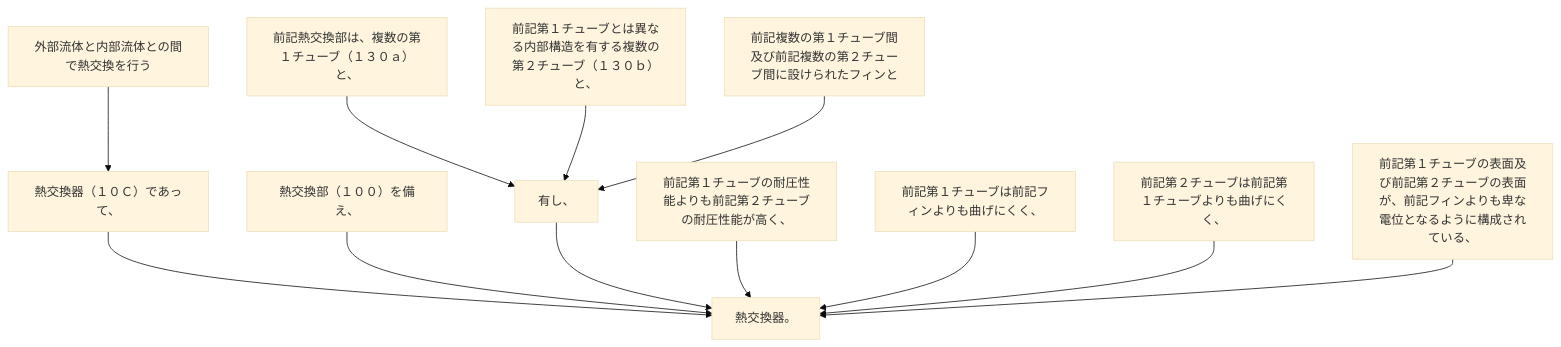
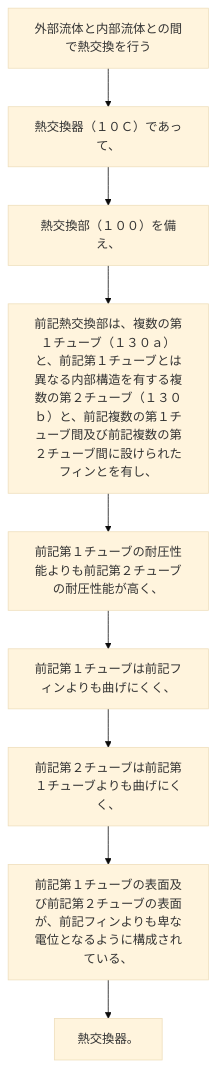
Before and after one commit to shinmori55/patent_analyzed: the diagram in 2024/JP2024007944A/claim_9/claim_9_graph.md, drawn with Mermaid (base theme). The commit also changed 11 other files, not shown here.

````diff
--- a/2024/JP2024007944A/claim_9/claim_9_graph.md
+++ b/2024/JP2024007944A/claim_9/claim_9_graph.md
@@ -1,26 +1,20 @@
 ```mermaid
 flowchart TD
 A[外部流体と内部流体との間で熱交換を行う]
 B[熱交換器（１０Ｃ）であって、]
 C[熱交換部（１００）を備え、]
-D[前記熱交換部は、複数の第１チューブ（１３０ａ）と、]
-E[前記第１チューブとは異なる内部構造を有する複数の第２チューブ（１３０ｂ）と、]
-F[前記複数の第１チューブ間及び前記複数の第２チューブ間に設けられたフィンと]
-G[有し、]
-H[前記第１チューブの耐圧性能よりも前記第２チューブの耐圧性能が高く、]
-I[前記第１チューブは前記フィンよりも曲げにくく、]
-J[前記第２チューブは前記第１チューブよりも曲げにくく、]
-K[前記第１チューブの表面及び前記第２チューブの表面が、前記フィンよりも卑な電位となるように構成されている、]
-L[熱交換器。]
+D[前記熱交換部は、複数の第１チューブ（１３０ａ）と、前記第１チューブとは異なる内部構造を有する複数の第２チューブ（１３０ｂ）と、前記複数の第１チューブ間及び前記複数の第２チューブ間に設けられたフィンとを有し、]
+E[前記第１チューブの耐圧性能よりも前記第２チューブの耐圧性能が高く、]
+F[前記第１チューブは前記フィンよりも曲げにくく、]
+G[前記第２チューブは前記第１チューブよりも曲げにくく、]
+H[前記第１チューブの表面及び前記第２チューブの表面が、前記フィンよりも卑な電位となるように構成されている、]
+I[熱交換器。]
 A --> B
-B --> L
-C --> L
-D --> G
-E --> G
+B --> C
+C --> D
+D --> E
+E --> F
 F --> G
-G --> L
-H --> L
-I --> L
-J --> L
-K --> L
+G --> H
+H --> I
 ```
````
